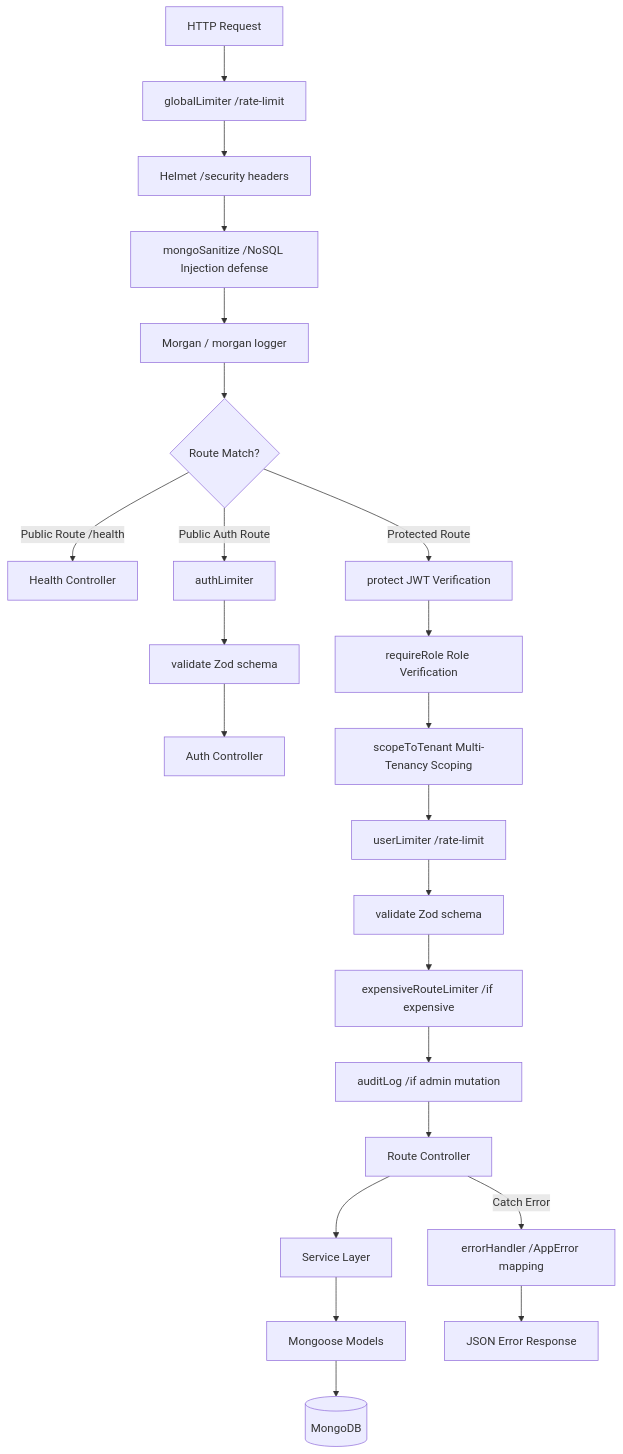
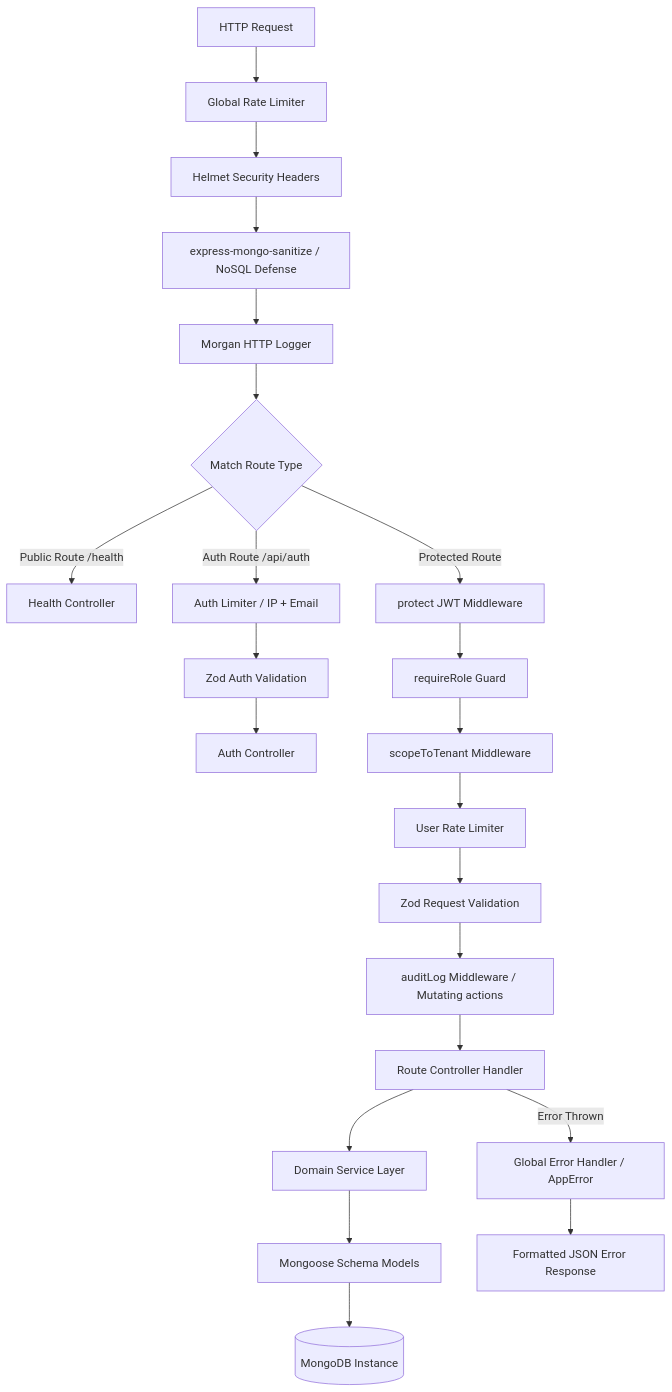
The third of 7 diagrams in README.md (Aditya-Naikwadi/bookbuddy), drawn with Mermaid before and after one commit. The commit also changed other lines of this file, not shown here.

````diff
--- a/README.md
+++ b/README.md
@@ -112,29 +154,28 @@
 ```mermaid
 graph TD
-    Request[HTTP Request] --> GlobalLimiter[globalLimiter /rate-limit]
-    GlobalLimiter --> Helmet[Helmet /security headers]
-    Helmet --> MongoSanitize[mongoSanitize /NoSQL Injection defense]
-    MongoSanitize --> Morgan[Morgan / morgan logger]
-    Morgan --> RouteMatch{Route Match?}
-    
+    Req[HTTP Request] --> GlobalLimit[Global Rate Limiter]
+    GlobalLimit --> SecurityHeaders[Helmet Security Headers]
+    SecurityHeaders --> Sanitize[express-mongo-sanitize / NoSQL Defense]
+    Sanitize --> Logger[Morgan HTTP Logger]
+    Logger --> RouteMatch{Match Route Type}
+
     RouteMatch -->|Public Route /health| HealthCtrl[Health Controller]
-    RouteMatch -->|Public Auth Route| AuthLimiter[authLimiter]
-    AuthLimiter --> Validate[validate Zod schema]
-    Validate --> AuthCtrl[Auth Controller]
-    
-    RouteMatch -->|Protected Route| Protect[protect JWT Verification]
-    Protect --> RequireRole[requireRole Role Verification]
-    RequireRole --> ScopeTenant[scopeToTenant Multi-Tenancy Scoping]
-    ScopeTenant --> UserLimiter[userLimiter /rate-limit]
-    UserLimiter --> RouteValidate[validate Zod schema]
-    RouteValidate --> ExpensiveLimiter[expensiveRouteLimiter /if expensive]
-    ExpensiveLimiter --> AuditLog[auditLog /if admin mutation]
-    AuditLog --> Controller[Route Controller]
-    
-    Controller --> Service[Service Layer]
-    Service --> Models[Mongoose Models]
-    Models --> MongoDB[(MongoDB)]
-    
-    Controller -->|Catch Error| ErrorHandler[errorHandler /AppError mapping]
-    ErrorHandler --> Response[JSON Error Response]
+    RouteMatch -->|Auth Route /api/auth| AuthLimit[Auth Limiter / IP + Email]
+    AuthLimit --> ZodAuth[Zod Auth Validation]
+    ZodAuth --> AuthCtrl[Auth Controller]
+
+    RouteMatch -->|Protected Route| Protect[protect JWT Middleware]
+    Protect --> RequireRole[requireRole Guard]
+    RequireRole --> ScopeTenant[scopeToTenant Middleware]
+    ScopeTenant --> UserLimit[User Rate Limiter]
+    UserLimit --> ZodReq[Zod Request Validation]
+    ZodReq --> Audit[auditLog Middleware / Mutating actions]
+    Audit --> Controller[Route Controller Handler]
+
+    Controller --> Service[Domain Service Layer]
+    Service --> Models[Mongoose Schema Models]
+    Models --> MongoDB[(MongoDB Instance)]
+
+    Controller -->|Error Thrown| ErrorHandler[Global Error Handler / AppError]
+    ErrorHandler --> JSONResponse[Formatted JSON Error Response]
 ```
````
